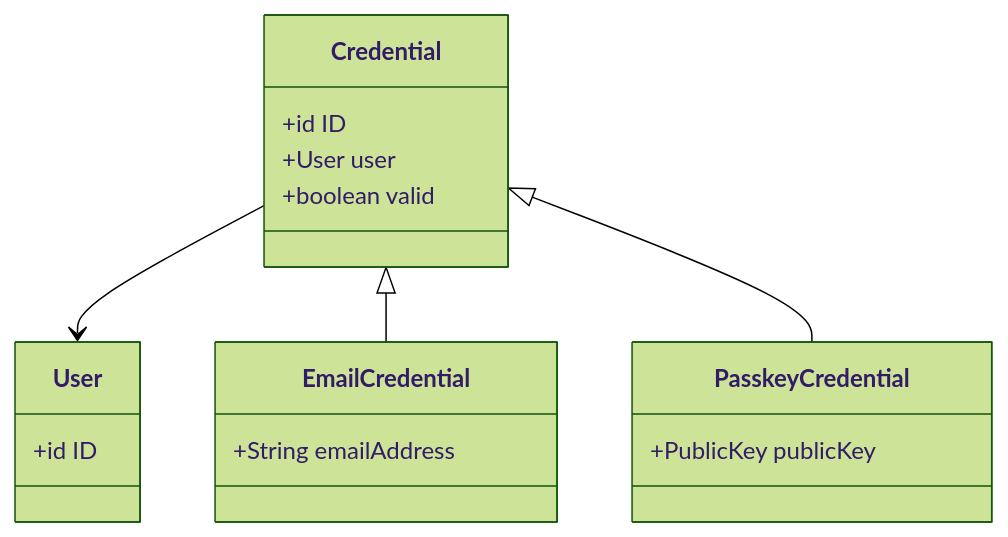
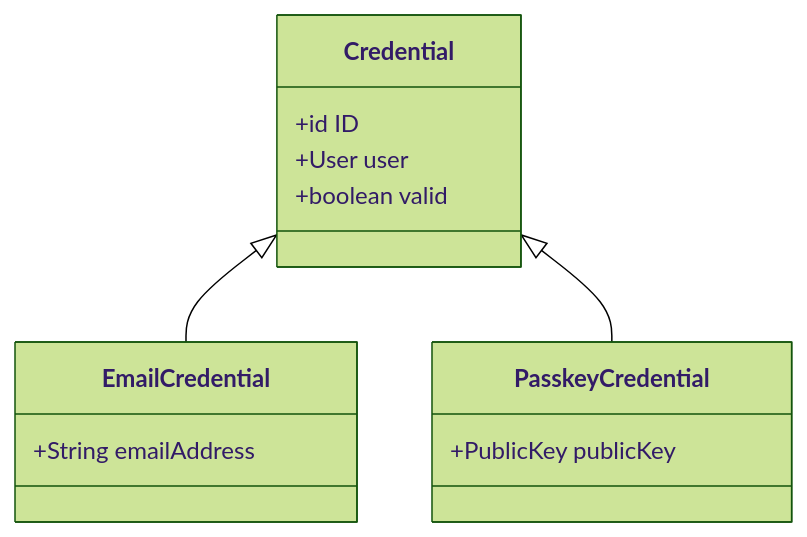
The second of 6 diagrams in _drafts/an-architecture-for-passworless-authentication.markdown (tantalum/tantalum.github.io), drawn with Mermaid (forest theme) before and after one commit. The commit also changed other lines of this file, not shown here.

Commit message:
Overall review, small edits and clarifications to An Architecture for Passwordless Authentication

```diff
--- a/_drafts/an-architecture-for-passworless-authentication.markdown
+++ b/_drafts/an-architecture-for-passworless-authentication.markdown
@@ -101,19 +100,17 @@
 <pre class="mermaid">
 classDiagram
-    Credential --> User
-    User : +id ID
     class Credential {
         +id ID
         +User user
         +boolean valid
     }
     class PasskeyCredential {
         +PublicKey publicKey
     }
     class EmailCredential {
         +String emailAddress
     }
     Credential <|-- EmailCredential
     Credential <|-- PasskeyCredential
 
 </pre>
```
